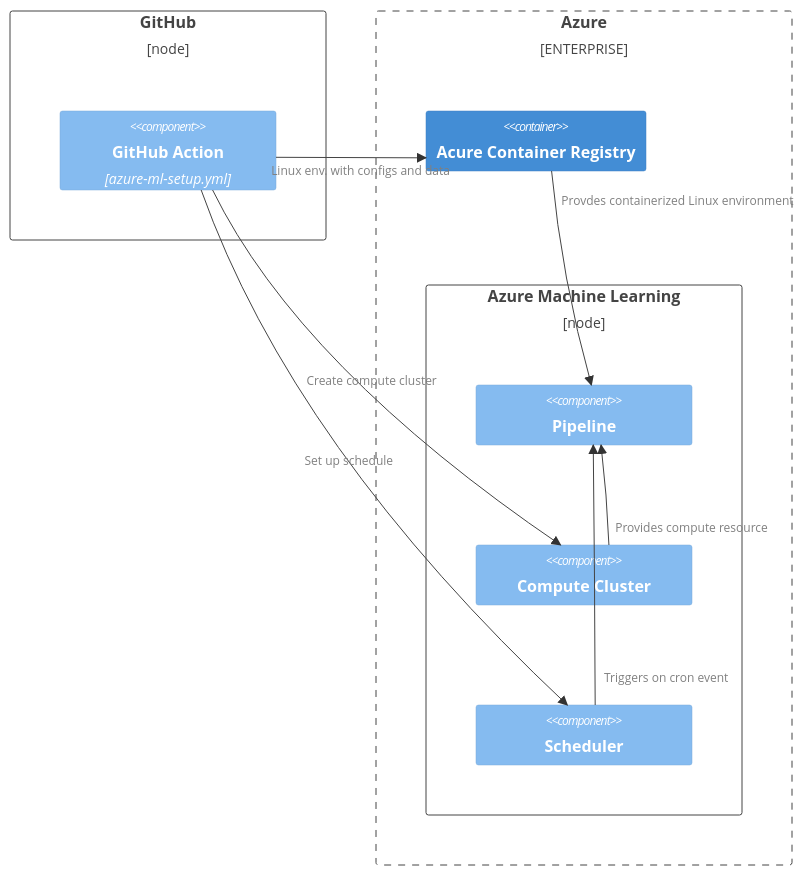
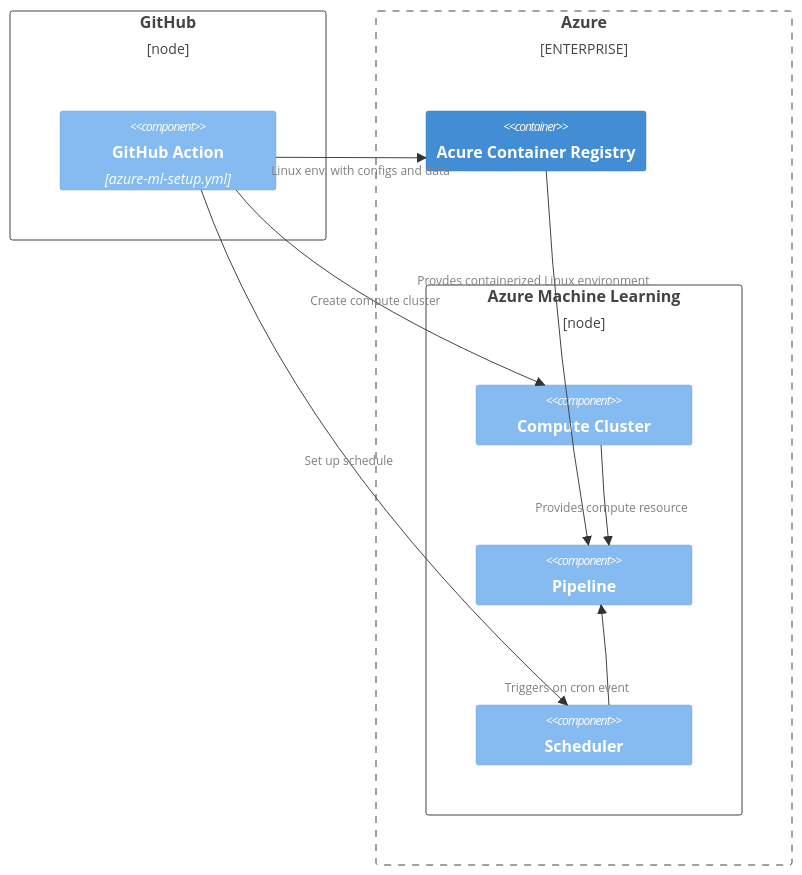
Before and after one commit to CynicDog/Azure-ML-automation-research: the first of 2 diagrams in README.md, drawn with Mermaid.

````diff
--- a/README.md
+++ b/README.md
@@ -4,41 +4,40 @@
 ```mermaid
 C4Context
     title  
     
     Deployment_Node(github, "GitHub") {
         Component(githubaction, "GitHub Action", "azure-ml-setup.yml", "")
     }
 
     Enterprise_Boundary(azure, "Azure") {
         
         Container(acr, "Acure Container Registry")
 
         Deployment_Node(azml, "Azure Machine Learning") {
-            Component(pipeline, "Pipeline")
-
+            
             Component(compute, "Compute Cluster")
             
+            Component(pipeline, "Pipeline")
+            
             Component(scheduler, "Scheduler")
-
-            
         }
     }
 
     Rel(githubaction, acr, "Linux env. with configs and data")
     UpdateRelStyle(githubaction, acr, $textColor="grey", $offsetX="-80", $offsetY="10")
 
     Rel(githubaction, compute, "Create compute cluster")
     UpdateRelStyle(githubaction, compute, $textColor="grey", $offsetX="-80", $offsetY="10")
 
     Rel(githubaction, scheduler, "Set up schedule")
     UpdateRelStyle(githubaction, scheduler, $textColor="grey", $offsetX="-80", $offsetY="10")
 
     Rel(acr, pipeline, "Provdes containerized Linux environment")
-    UpdateRelStyle(acr, pipeline, $textColor="grey", $offsetX="-10", $offsetY="-80")
+    UpdateRelStyle(acr, pipeline, $textColor="grey", $offsetX="-150", $offsetY="-80")
 
     Rel(scheduler, pipeline, "Triggers on cron event")
-    UpdateRelStyle(scheduler, pipeline, $textColor="grey", $offsetX="10", $offsetY="100")
+    UpdateRelStyle(scheduler, pipeline, $textColor="grey", $offsetX="-100", $offsetY="30")
 
     Rel(compute, pipeline, "Provides compute resource")
-    UpdateRelStyle(compute, pipeline, $textColor="grey", $offsetX="10", $offsetY="30")
+    UpdateRelStyle(compute, pipeline, $textColor="grey", $offsetX="-70", $offsetY="10")
 ```
````
